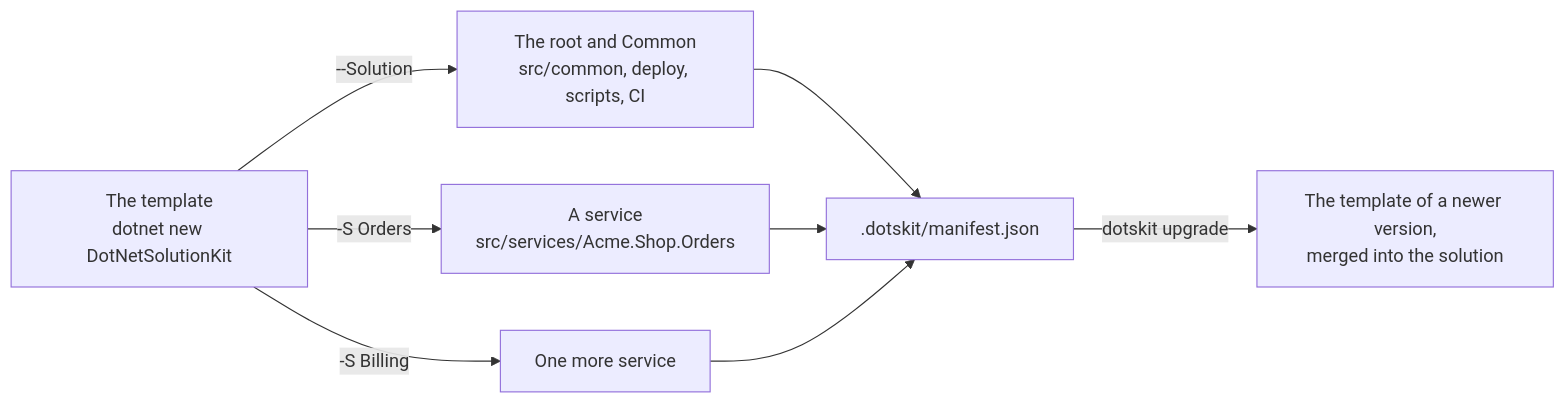
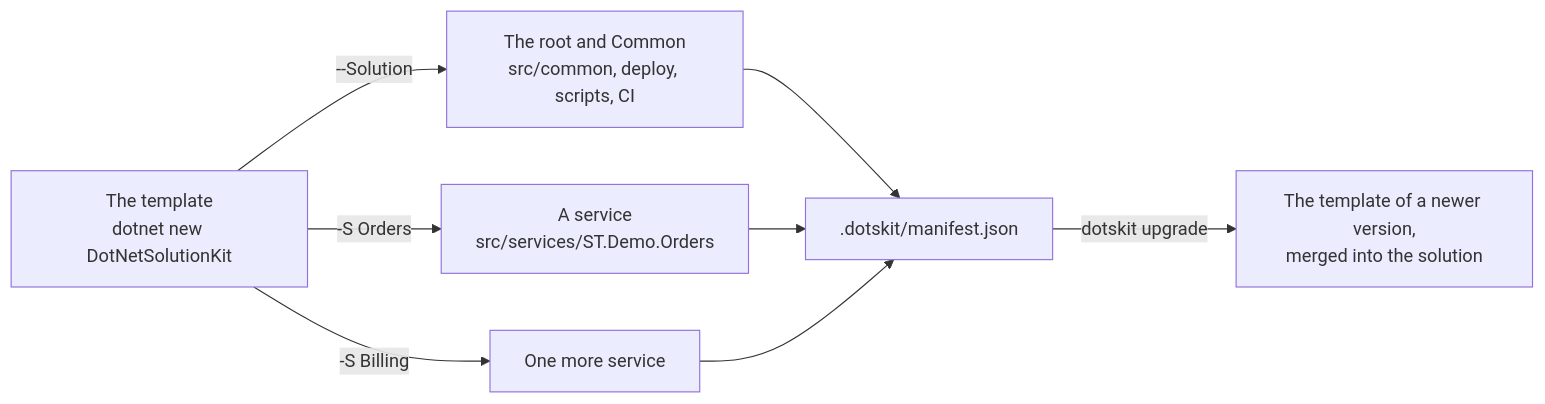
One commit to sawking-tech/DotNetSolutionKit changed the second of 2 diagrams in docs/getting-started/layout.md. Above: the diagram before and after it, drawn with Mermaid. The commit also changed other lines of this file and 48 other files, not shown here.

````diff
--- a/docs/getting-started/layout.md
+++ b/docs/getting-started/layout.md
@@ -74,10 +74,10 @@
 ```mermaid
 flowchart LR
     T["The template<br/>dotnet new DotNetSolutionKit"] -->|"--Solution"| Root["The root and Common<br/>src/common, deploy, scripts, CI"]
-    T -->|"-S Orders"| S1["A service<br/>src/services/Acme.Shop.Orders"]
+    T -->|"-S Orders"| S1["A service<br/>src/services/ST.Demo.Orders"]
     T -->|"-S Billing"| S2["One more service"]
     Root --> M[".dotskit/manifest.json"]
     S1 --> M
     S2 --> M
     M -->|"dotskit upgrade"| U["The template of a newer version,<br/>merged into the solution"]
 ```
````
